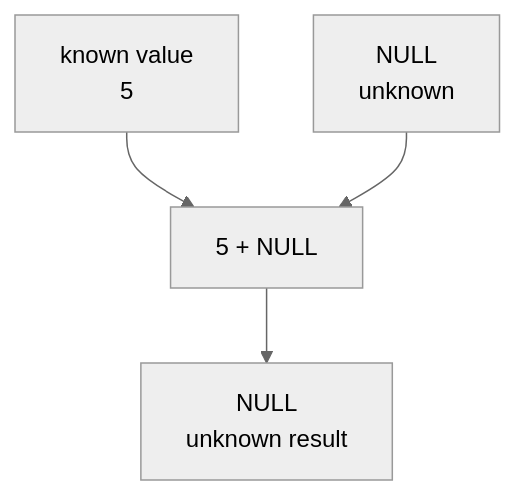
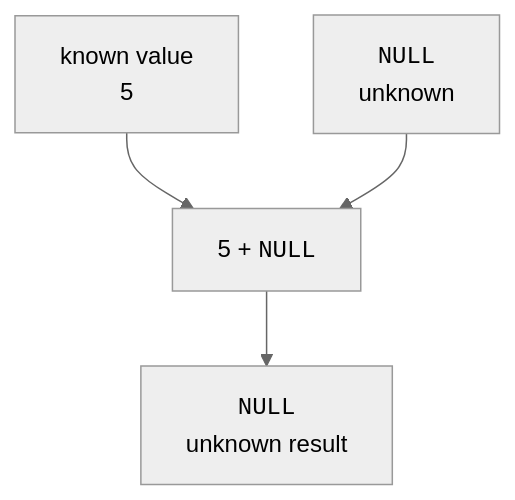
The third of 4 diagrams in content/courses/sqlite-for-beginners/working-with-null.mdx (dataslope/dataslope), drawn with Mermaid (neutral theme) before and after one commit. The commit also changed other lines of this file and 283 other files, not shown here.

First line of the commit message:
Diagrams as elements, not characters: fix the box model, sweep the corpus, and make syntax breakdowns a convention (#652)

````diff
--- a/content/courses/sqlite-for-beginners/working-with-null.mdx
+++ b/content/courses/sqlite-for-beginners/working-with-null.mdx
@@ -286,6 +294,6 @@
 ```mermaid
 flowchart TB
-    A["known value<br/>5"] --> C["5 + NULL"]
-    B["NULL<br/>unknown"] --> C
-    C --> R["NULL<br/>unknown result"]
+    A["known value<br/>5"] --> C["5 + <code>NULL</code>"]
+    B["<code>NULL</code><br/>unknown"] --> C
+    C --> R["<code>NULL</code><br/>unknown result"]
 ```
````
